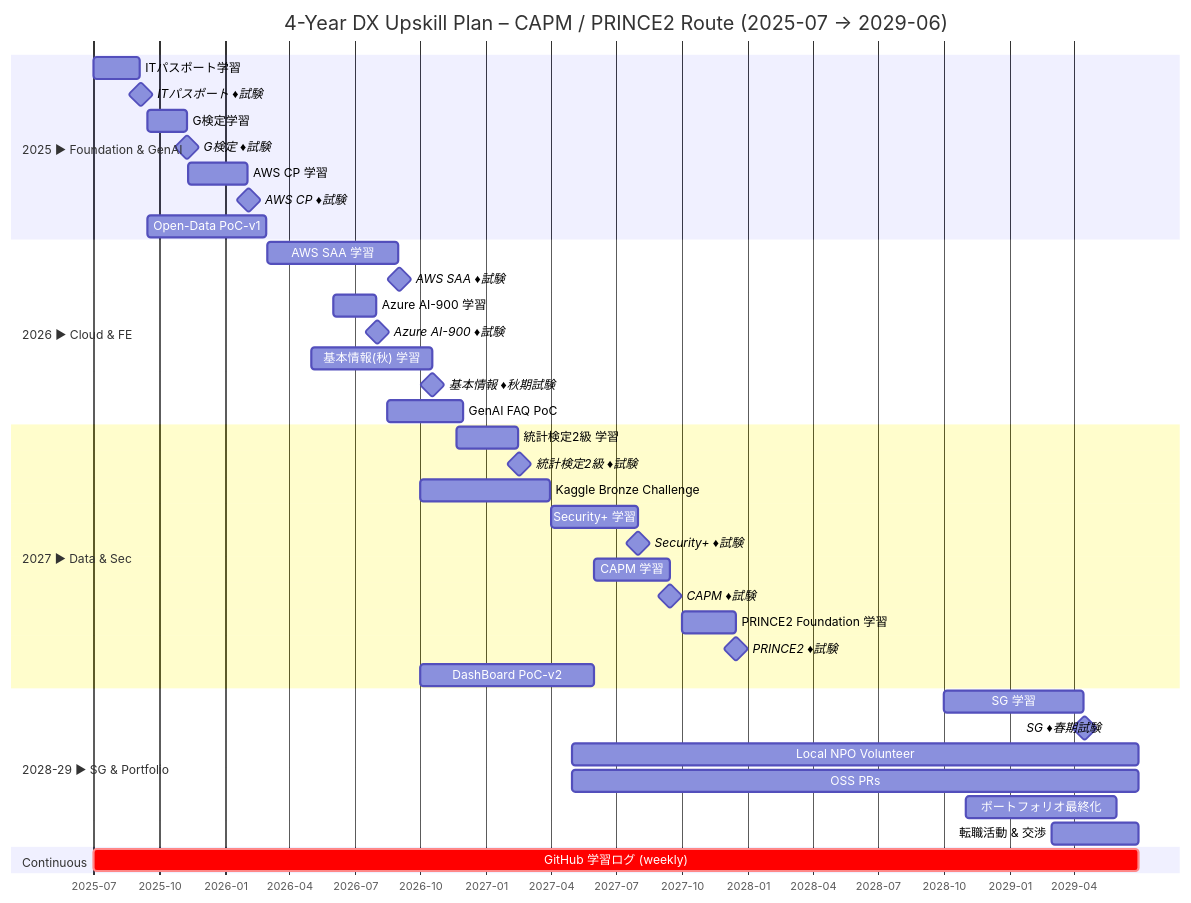
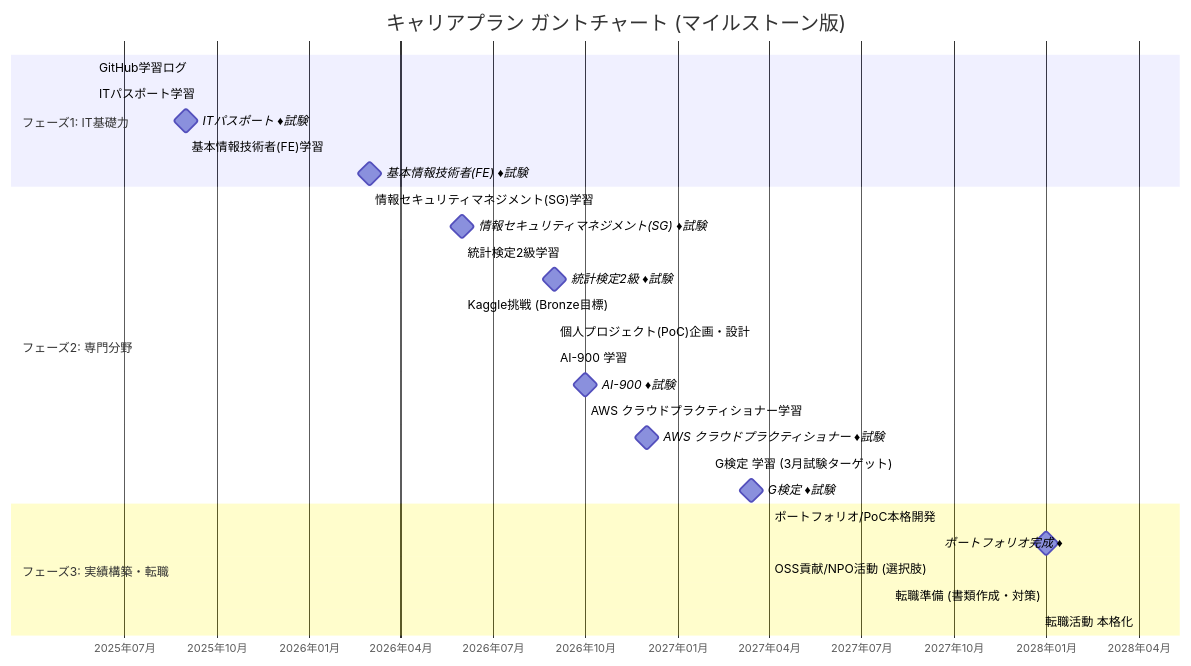
Before and after one commit to uruc-0start/-: the diagram in README.md, drawn with Mermaid.

````diff
--- a/README.md
+++ b/README.md
@@ -1,53 +1,39 @@
 ```mermaid
 gantt
-  title 4-Year DX Upskill Plan – CAPM / PRINCE2 Route (2025-07 → 2029-06)
-  dateFormat YYYY-MM-DD
-  axisFormat %Y-%m
+    title キャリアプラン ガントチャート (マイルストーン版)
+    dateFormat  YYYY-MM-DD
+    axisFormat %Y年%m月
 
-  %% ───────── Year-1 ─────────
-  section 2025 ▶ Foundation & GenAI
-  ITパスポート学習            :itp_st,   2025-07-01, 2025-09-04
-  ITパスポート ♦試験          :milestone,itp_ex,  2025-09-05, 0d
-  G検定学習                  :gtest,    2025-09-15, 2025-11-08
-  G検定 ♦試験                :milestone,gtest_ex,2025-11-09, 0d
-  AWS CP 学習                :awscp,    2025-11-10, 2026-02-01
-  AWS CP ♦試験               :milestone,awscp_ex,2026-02-02, 0d
-  Open-Data PoC-v1           :poc1,     2025-09-15, 2026-02-28
+    %% フェーズ1: IT基礎力の養成と学習習慣の確立
+    section フェーズ1: IT基礎力
+    GitHub学習ログ           :active, 2025-06-01, 36m
+    ITパスポート学習         :active, 2025-06-01, 3m
+    ITパスポート ♦試験       :milestone, 2025-09-01, 0d
+    基本情報技術者(FE)学習   :         2025-09-01, 6m
+    基本情報技術者(FE) ♦試験 :milestone, 2026-03-01, 0d
 
-  %% ───────── Year-2 ─────────
-  section 2026 ▶ Cloud & FE
-  AWS SAA 学習               :saa,      2026-03-01, 2026-08-31
-  AWS SAA ♦試験              :milestone,saa_ex,  2026-09-01, 0d
-  Azure AI-900 学習          :ai900,    2026-06-01, 2026-07-31
-  Azure AI-900 ♦試験         :milestone,ai900_ex,2026-08-01, 0d
-  基本情報(秋) 学習          :fe_st,    2026-05-01, 2026-10-17
-  基本情報 ♦秋期試験         :milestone,fe_ex,   2026-10-18, 0d
-  GenAI FAQ PoC              :faq,      2026-08-15, 2026-11-30
+    %% フェーズ2: 専門分野の深化と「個人の実践力」の証明
+    section フェーズ2: 専門分野
+    情報セキュリティマネジメント(SG)学習 : 2026-03-01, 3m
+    情報セキュリティマネジメント(SG) ♦試験 :milestone, 2026-06-01, 0d
+    統計検定2級学習                      : 2026-06-01, 3m
+    統計検定2級 ♦試験                    :milestone, 2026-09-01, 0d
+    
+    %% --- AI・クラウド資格取得と実践 ---
+    Kaggle挑戦 (Bronze目標)              : 2026-06-01, 12m
+    個人プロジェクト(PoC)企画・設計      : 2026-09-01, 7m
+    AI-900 学習                          : 2026-09-01, 1m
+    AI-900 ♦試験                         :milestone, 2026-10-01, 0d
+    AWS クラウドプラクティショナー学習     : 2026-10-01, 2m
+    AWS クラウドプラクティショナー ♦試験 :milestone, 2026-12-01, 0d
+    G検定 学習 (3月試験ターゲット)       : 2027-02-01, 1.5m
+    G検定 ♦試験                          :milestone, 2027-03-15, 0d
 
-  %% ───────── Year-3 ─────────
-  section 2027 ▶ Data & Sec
-  統計検定2級 学習           :stat2,    2026-11-20, 2027-02-14
-  統計検定2級 ♦試験          :milestone,stat2_ex,2027-02-15, 0d
-  Kaggle Bronze Challenge    :kaggle,   2026-10-01, 2027-03-31
-  Security+ 学習             :secplus,  2027-04-01, 2027-07-31
-  Security+ ♦試験            :milestone,secplus_ex,2027-08-01, 0d
-  CAPM 学習                  :capm,     2027-06-01, 2027-09-14
-  CAPM ♦試験                 :milestone,capm_ex,  2027-09-15, 0d
-  PRINCE2 Foundation 学習     :prince2,  2027-10-01, 2027-12-15
-  PRINCE2 ♦試験              :milestone,prince2_ex,2027-12-16, 0d
-  DashBoard PoC-v2           :poc2,     2026-10-01, 2027-05-31
-
-  %% ───────── Year-4 ─────────
-  section 2028-29 ▶ SG & Portfolio
-  SG 学習                    :sg_st,    2028-10-01, 2029-04-14
-  SG ♦春期試験               :milestone,sg_ex,   2029-04-15, 0d
-  Local NPO Volunteer        :npo,      2027-05-01, 2029-06-30
-  OSS PRs                    :oss,      2027-05-01, 2029-06-30
-  ポートフォリオ最終化       :portfolio,2028-11-01, 2029-05-31
-  転職活動 & 交渉            :job,      2029-03-01, 2029-06-30
-
-  %% ───────── Continuous ─────────
-  section Continuous
-  GitHub 学習ログ (weekly)   :crit,ghlog,2025-07-01, 2029-06-30
-
+    %% フェーズ3: 実績のポートフォリオ化と転職準備
+    section フェーズ3: 実績構築・転職
+    ポートフォリオ/PoC本格開発  : 2027-04-01, 9m
+    ポートフォリオ完成 ♦        :milestone, 2028-01-01, 0d
+    OSS貢献/NPO活動 (選択肢)    : 2027-04-01, 9m
+    転職準備 (書類作成・対策)   : 2028-01-01, 3m
+    転職活動 本格化             : 2028-04-01, 3m
 ```
````
